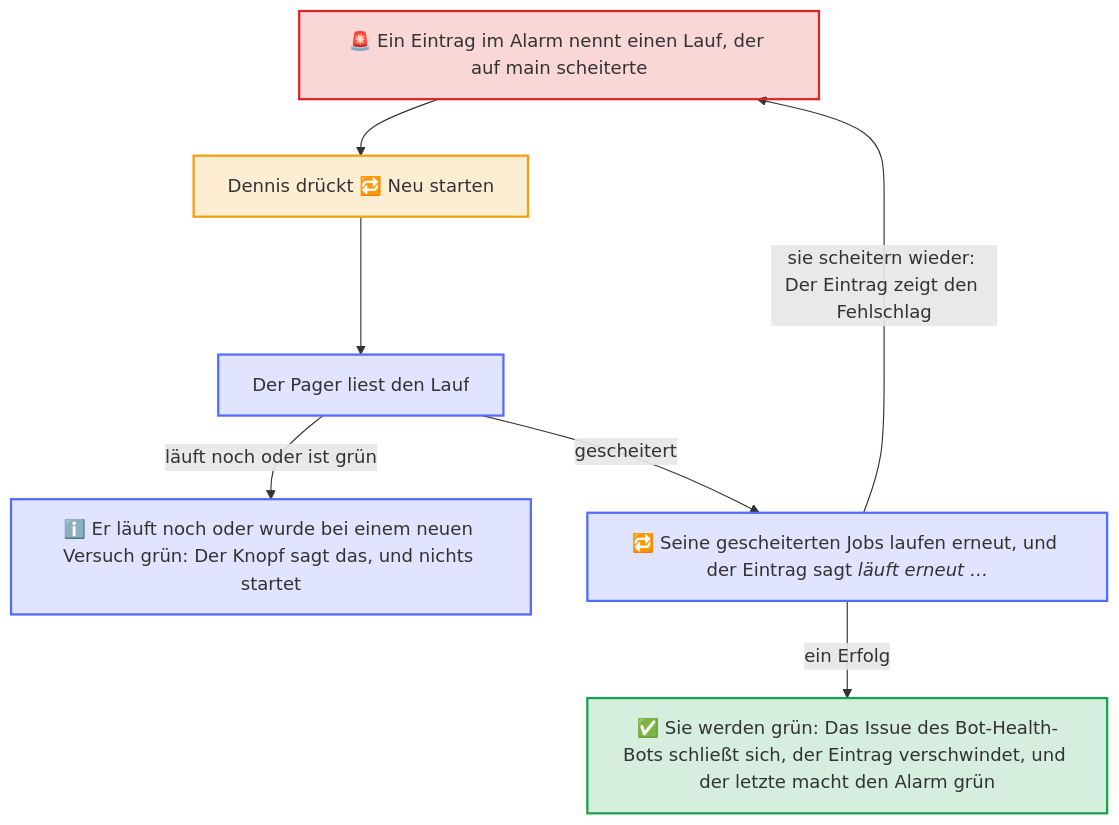
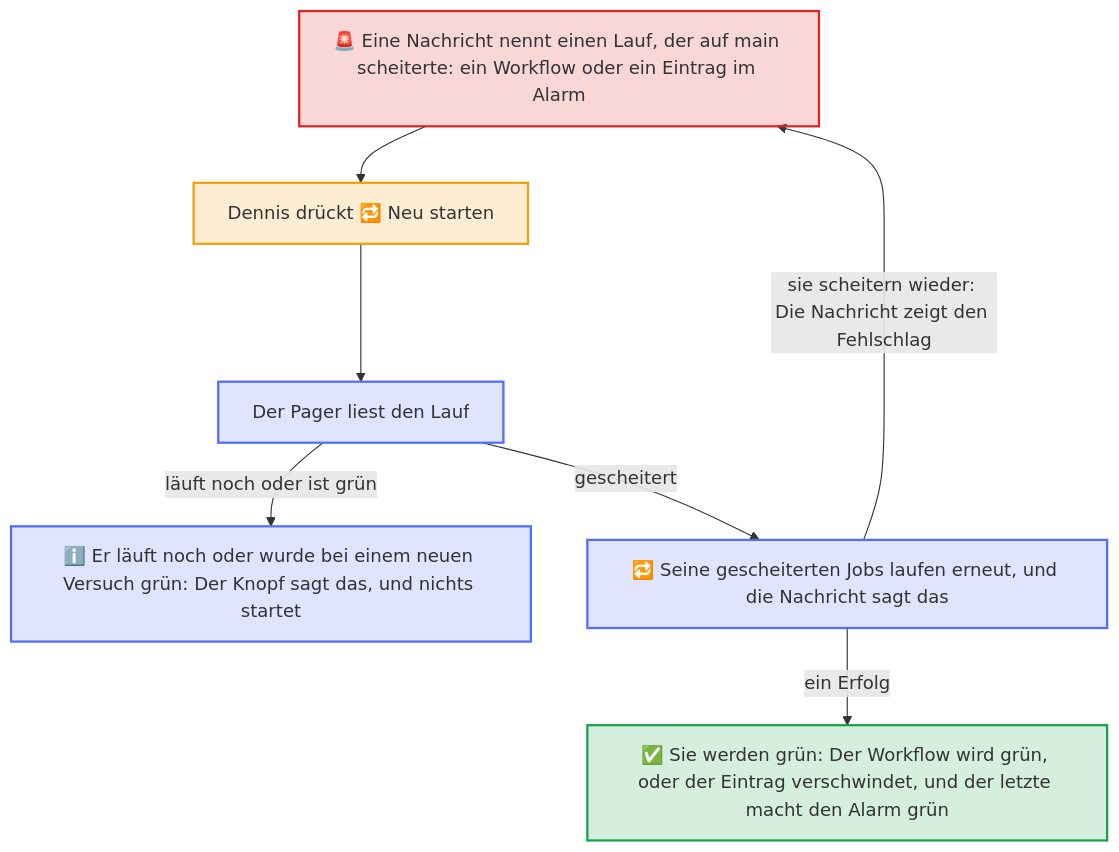
The diagram in docs/diagrams/the-rerun-of-a-run.de.mmd (Dennis-Otto/dennis-otto-pager), drawn with Mermaid before and after one commit. The commit also changed 37 other files, not shown here.

First line of the commit message:
feat: a workflow that keeps failing on main pages you once, not as a mail per run (#96)

```diff
--- a/docs/diagrams/the-rerun-of-a-run.de.mmd
+++ b/docs/diagrams/the-rerun-of-a-run.de.mmd
@@ -1,30 +1,30 @@
 ---
 config:
   flowchart:
     wrappingWidth: 400
 ---
 flowchart TB
     accTitle: Der Neustart eines gescheiterten Laufs
-    accDescr: Ein Eintrag im Alarm nennt einen Lauf von GitHub Actions, der auf main scheiterte, etwa den eines Pflicht-Checks, eines Releases oder eines Issues des Bot-Health-Bots. Dennis drückt Neu starten, und der Pager liest den Lauf. Solange er noch läuft oder wenn er bei einem neuen Versuch schon grün wurde, sagt der Knopf das, und nichts startet. Sonst laufen seine gescheiterten Jobs erneut, und der Eintrag sagt das in der Nachricht. Scheitern sie wieder, zeigt der Eintrag den Fehlschlag, und Neu starten kann sie noch einmal starten. Werden sie grün, schließt der Bot-Health-Bot sein Issue oder der Release-Lauf gelingt, der Eintrag verschwindet, und der letzte macht den Alarm grün.
+    accDescr: Eine Nachricht nennt einen Lauf von GitHub Actions, der auf main scheiterte: den eines Workflows oder einen Eintrag im Alarm, etwa ein Release. Dennis drückt Neu starten, und der Pager liest den Lauf. Solange er noch läuft oder wenn er bei einem neuen Versuch schon grün wurde, sagt der Knopf das, und nichts startet. Sonst laufen seine gescheiterten Jobs erneut, und die Nachricht sagt das. Scheitern sie wieder, zeigt die Nachricht den Fehlschlag, und Neu starten kann sie noch einmal starten. Werden sie grün, wird der Workflow grün, oder der Eintrag verschwindet, und der letzte macht den Alarm grün.
 
-    alarm["`**🚨** Ein Eintrag im Alarm nennt einen Lauf, der auf main scheiterte`"]
+    alarm["`**🚨** Eine Nachricht nennt einen Lauf, der auf main scheiterte: ein Workflow oder ein Eintrag im Alarm`"]
     press["Dennis drückt 🔁 Neu starten"]
     read["Der Pager liest den Lauf"]
     nothing["`**ℹ️** Er läuft noch oder wurde bei einem neuen Versuch grün: Der Knopf sagt das, und nichts startet`"]
-    again["`**🔁** Seine gescheiterten Jobs laufen erneut, und der Eintrag sagt *läuft erneut …*`"]
-    green["`**✅** Sie werden grün: Das Issue des Bot-Health-Bots schließt sich, der Eintrag verschwindet, und der letzte macht den Alarm grün`"]
+    again["`**🔁** Seine gescheiterten Jobs laufen erneut, und die Nachricht sagt das`"]
+    green["`**✅** Sie werden grün: Der Workflow wird grün, oder der Eintrag verschwindet, und der letzte macht den Alarm grün`"]
 
     alarm --> press --> read
     read -- "läuft noch oder ist grün" --> nothing
     read -- "gescheitert" --> again
-    again -- "sie scheitern wieder: Der Eintrag zeigt den Fehlschlag" --> alarm
+    again -- "sie scheitern wieder: Die Nachricht zeigt den Fehlschlag" --> alarm
     again -- "ein Erfolg" --> green
 
     classDef you fill:#f59e0b2e,stroke:#f59e0b,stroke-width:2px
     classDef bot fill:#526cfe2e,stroke:#526cfe,stroke-width:2px
     classDef done fill:#16a34a2e,stroke:#16a34a,stroke-width:2px
     classDef warn fill:#dc26262e,stroke:#dc2626,stroke-width:2px
     class press you
     class read,nothing,again bot
     class green done
     class alarm warn
```
